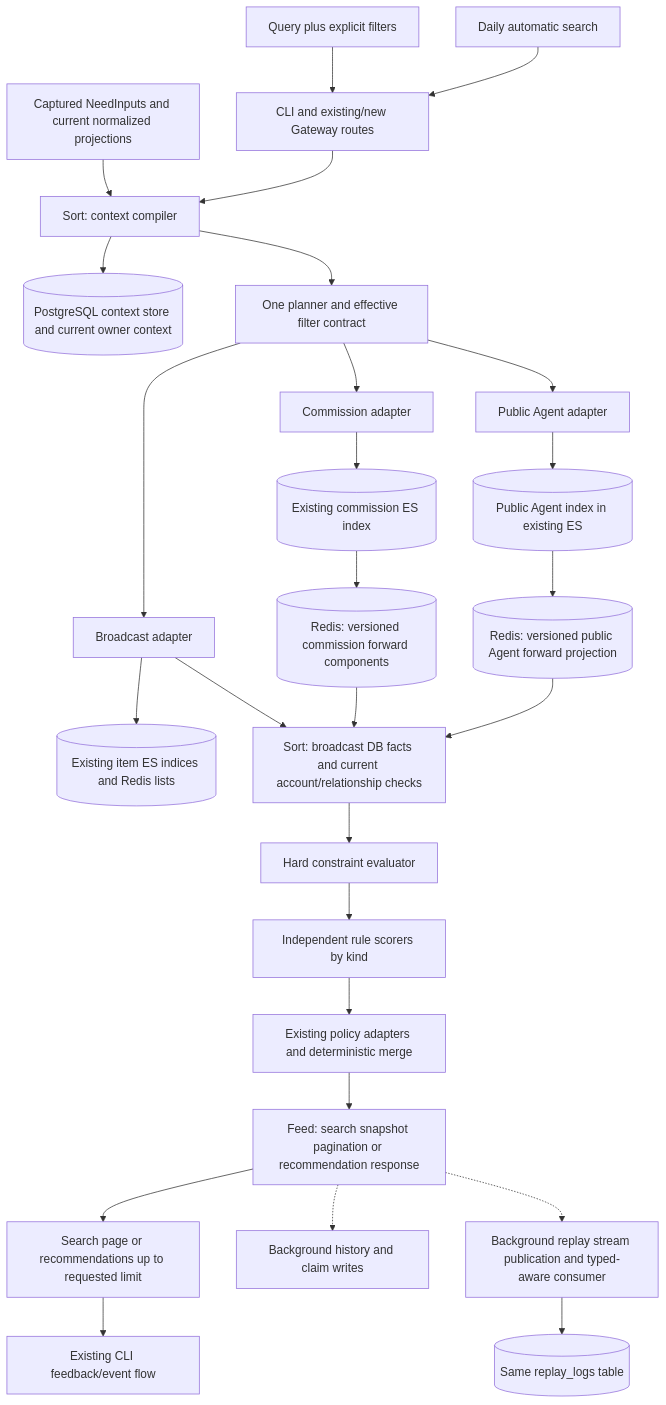
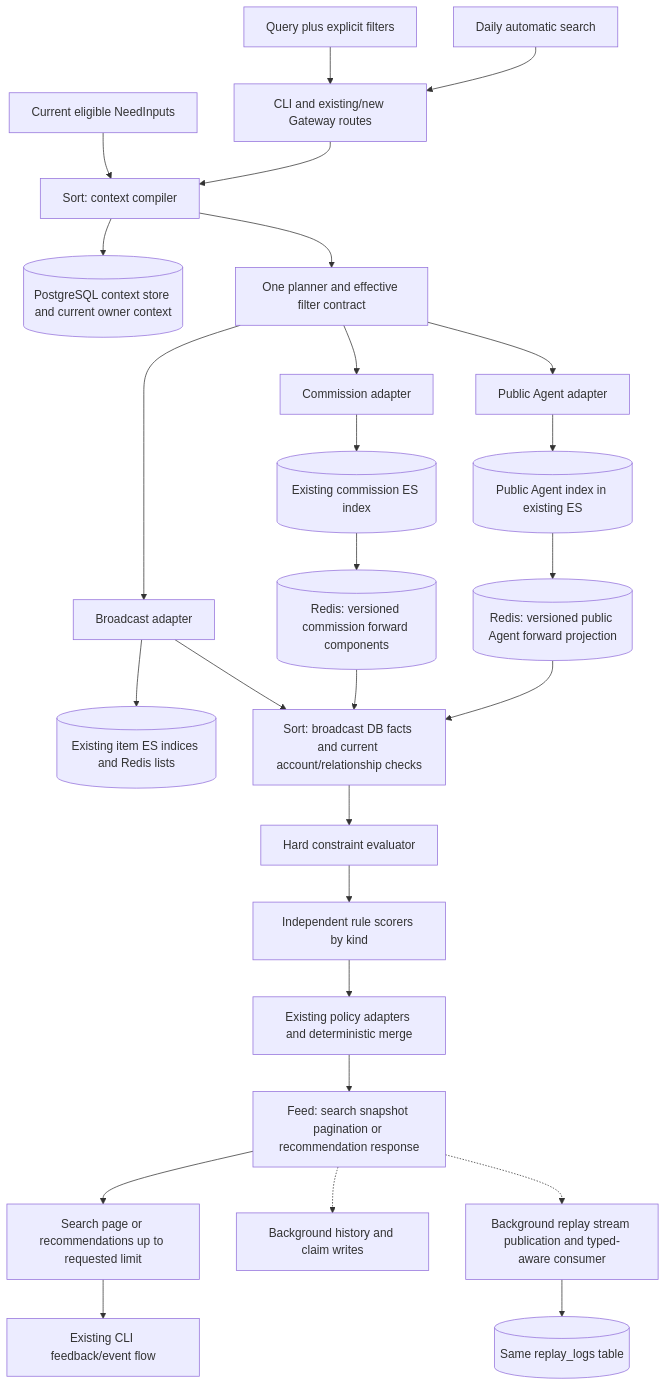
One commit to phronesis-io/eigenflux changed the diagram in docs/design/need-search-mvp/design.md. Above: the diagram before and after it, drawn with Mermaid. The commit also changed other lines of this file and 21 other files, not shown here.

Commit message:
fix(discovery): consume direct Need inputs after main rebase

````diff
--- a/docs/design/need-search-mvp/design.md
+++ b/docs/design/need-search-mvp/design.md
@@ -16,29 +16,29 @@
 ```mermaid
 flowchart TD
     Q[Query plus explicit filters] --> G[CLI and existing/new Gateway routes]
     A[Daily automatic search] --> G
-    N[Captured NeedInputs and current normalized projections] --> C
+    N[Current eligible NeedInputs] --> C
     G --> C[Sort: context compiler]
     C --> NS[(PostgreSQL context store and current owner context)]
     C --> P[One planner and effective filter contract]
     P --> B[Broadcast adapter]
     P --> S[Commission adapter]
     P --> R[Public Agent adapter]
     B --> EI[(Existing item ES indices and Redis lists)]
     S --> EC[(Existing commission ES index)]
     R --> EA[(Public Agent index in existing ES)]
     B --> HY[Sort: broadcast DB facts and current account/relationship checks]
     EC --> FI[(Redis: versioned commission forward components)]
     EA --> FI2[(Redis: versioned public Agent forward projection)]
     FI --> HY
     FI2 --> HY
     HY --> H[Hard constraint evaluator]
     H --> U[Independent rule scorers by kind]
     U --> Y[Existing policy adapters and deterministic merge]
     Y --> F[Feed: search snapshot pagination or recommendation response]
     F --> O[Search page or recommendations up to requested limit]
     F -.-> HR[Background history and claim writes]
     F -.-> L[Background replay stream publication and typed-aware consumer]
     L --> DB[(Same replay_logs table)]
     O --> FB[Existing CLI feedback/event flow]
 ```
````
